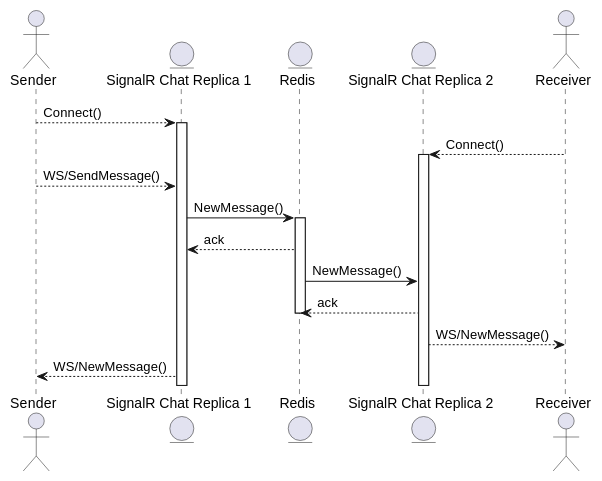
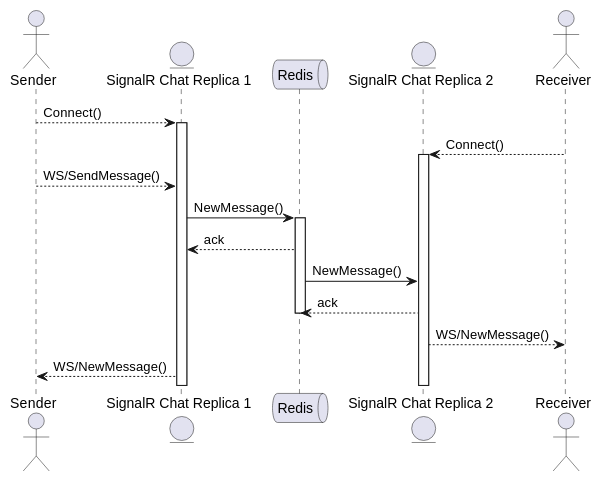
The fourth of 4 diagrams in docs/architecture/sequence-diagram.md (ldeluigi/microchat), drawn with PlantUML before and after one commit. The commit also changed other lines of this file, not shown here.

Commit message:
Convert RabbitMq and Redis to queues

````diff
--- a/docs/architecture/sequence-diagram.md
+++ b/docs/architecture/sequence-diagram.md
@@ -142,22 +142,22 @@
 ```plantuml
 @startuml SendMessageMultipleReplicas
 actor Sender
 entity "SignalR Chat Replica 1" as Chat
-entity Redis
+queue Redis
 entity "SignalR Chat Replica 2" as Chat2
 actor Receiver
 Sender --> Chat : Connect()
 activate Chat
 Receiver --> Chat2 : Connect()
 activate Chat2
 Sender -->  Chat : WS/SendMessage()
 Chat -> Redis : NewMessage()
 activate Redis
 Redis --> Chat : ack
 Redis -> Chat2 : NewMessage()
 Chat2 --> Redis : ack
 deactivate Redis
 Chat2 --> Receiver : WS/NewMessage()
 Chat --> Sender : WS/NewMessage()
 @enduml
 ```
````
